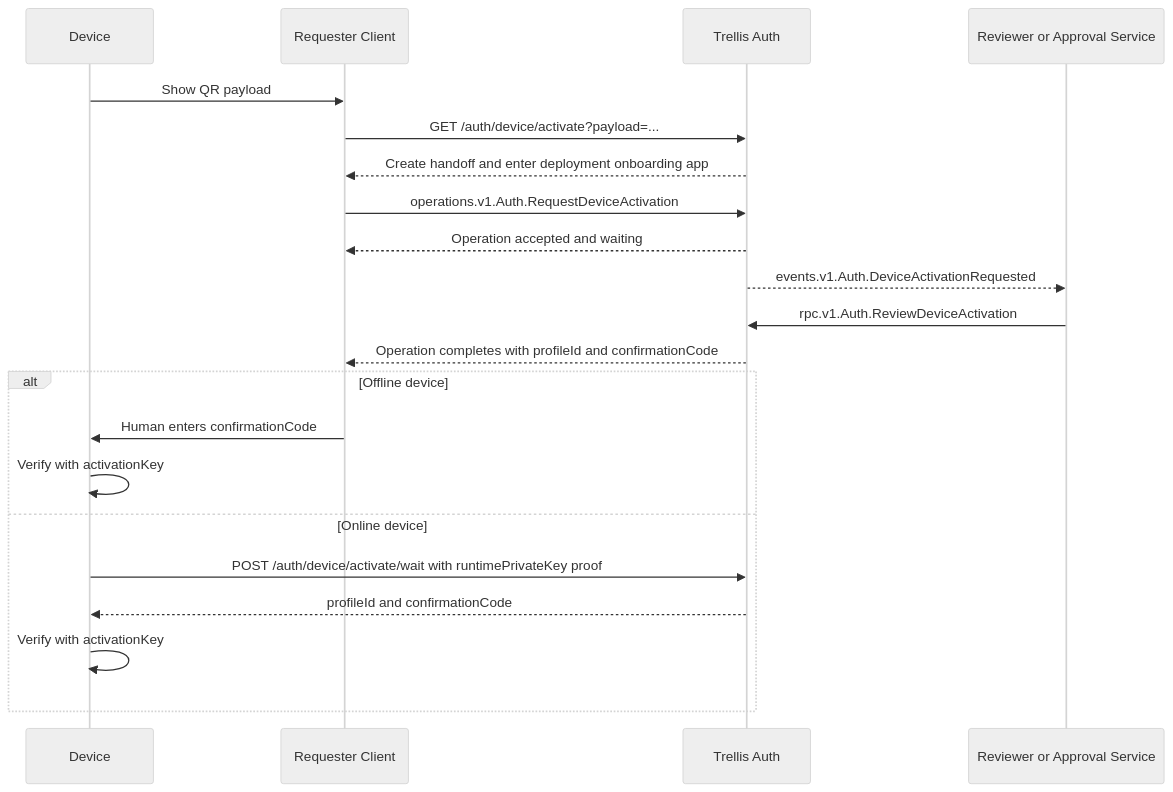
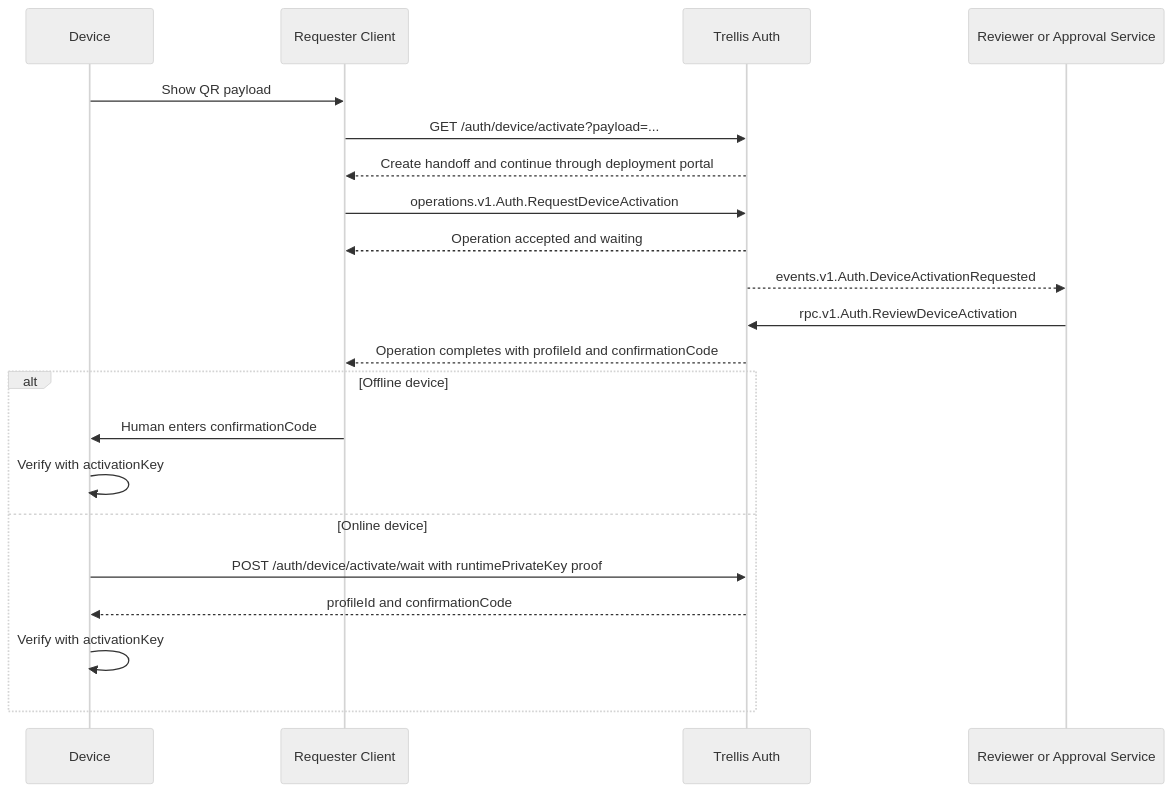
One commit to Qlever-LLC/trellis changed the first of 2 diagrams in design/auth/device-activation.md. Above: the diagram before and after it, drawn with Mermaid (neutral theme). The commit also changed other lines of this file and 3 other files, not shown here.

Commit message:
docs(auth): define portal browser flows and device sessions

````diff
--- a/design/auth/device-activation.md
+++ b/design/auth/device-activation.md
@@ -42,24 +53,24 @@
 ```mermaid
 sequenceDiagram
     participant D as Device
     participant U as Requester Client
     participant T as Trellis Auth
     participant R as Reviewer or Approval Service
 
     D->>U: Show QR payload
     U->>T: GET /auth/device/activate?payload=...
-    T-->>U: Create handoff and enter deployment onboarding app
+    T-->>U: Create handoff and continue through deployment portal
     U->>T: operations.v1.Auth.RequestDeviceActivation
     T-->>U: Operation accepted and waiting
     T-->>R: events.v1.Auth.DeviceActivationRequested
     R->>T: rpc.v1.Auth.ReviewDeviceActivation
     T-->>U: Operation completes with profileId and confirmationCode
     alt Offline device
         U->>D: Human enters confirmationCode
         D->>D: Verify with activationKey
     else Online device
         D->>T: POST /auth/device/activate/wait with runtimePrivateKey proof
         T-->>D: profileId and confirmationCode
         D->>D: Verify with activationKey
     end
 ```
````
